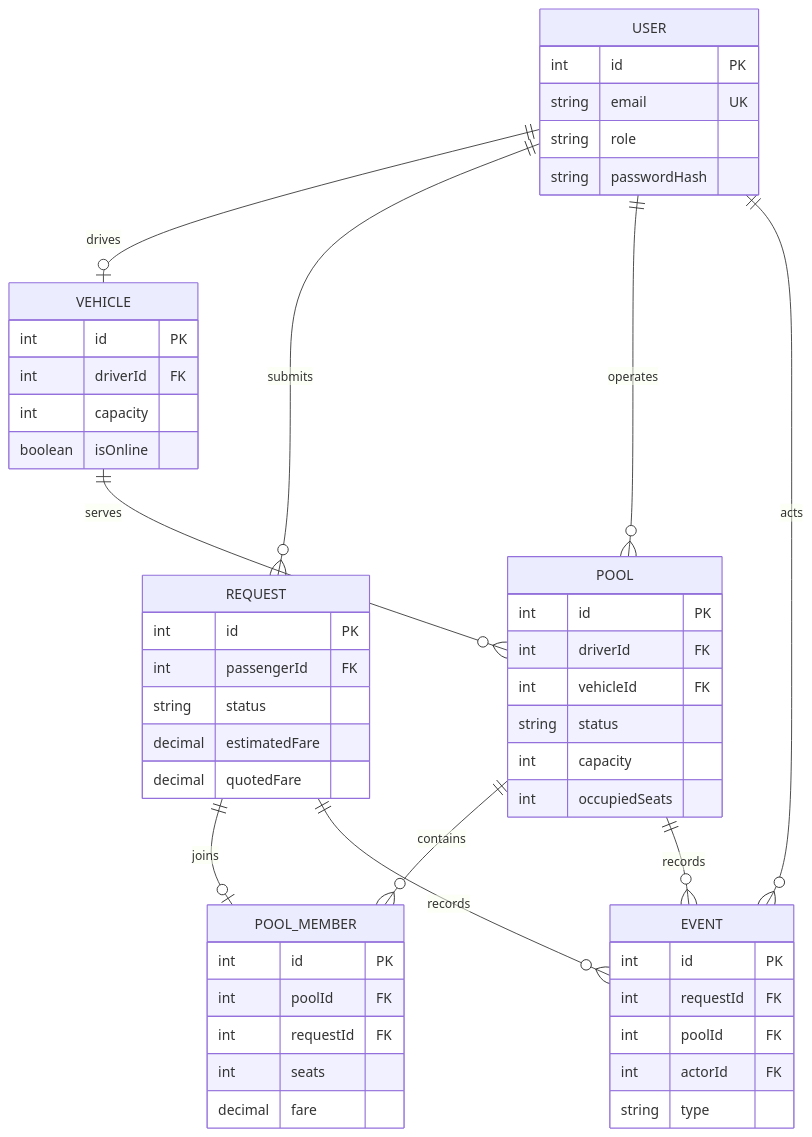
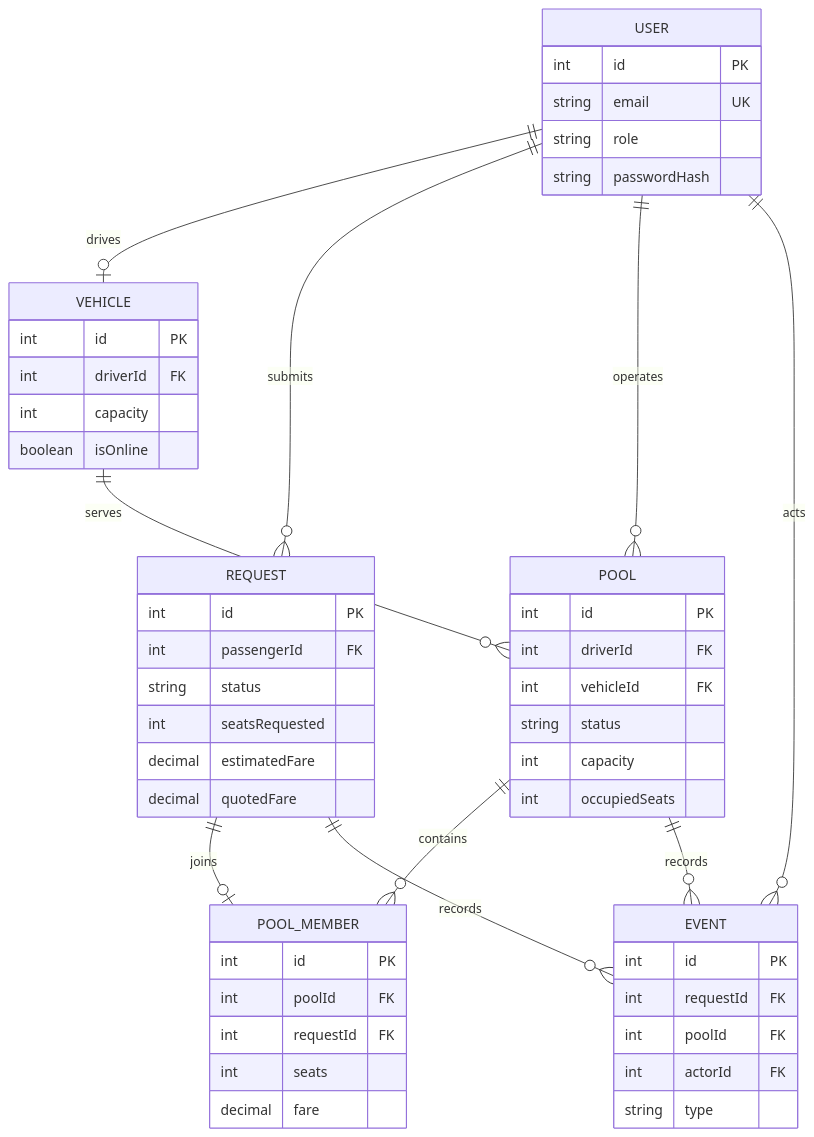
The second of 2 diagrams in README.md (AtifChy/dhaka-tesla), drawn with Mermaid before and after one commit. The commit also changed other lines of this file and 14 other files, not shown here.

````diff
--- a/README.md
+++ b/README.md
@@ -46,54 +46,55 @@
 ```mermaid
 erDiagram
   USER ||--o| VEHICLE : drives
   USER ||--o{ REQUEST : submits
   USER ||--o{ POOL : operates
   USER ||--o{ EVENT : acts
   VEHICLE ||--o{ POOL : serves
   POOL ||--o{ POOL_MEMBER : contains
   REQUEST ||--o| POOL_MEMBER : joins
   REQUEST ||--o{ EVENT : records
   POOL ||--o{ EVENT : records
 
   USER {
     int id PK
     string email UK
     string role
     string passwordHash
   }
   VEHICLE {
     int id PK
     int driverId FK
     int capacity
     boolean isOnline
   }
   REQUEST {
     int id PK
     int passengerId FK
     string status
+    int seatsRequested
     decimal estimatedFare
     decimal quotedFare
   }
   POOL {
     int id PK
     int driverId FK
     int vehicleId FK
     string status
     int capacity
     int occupiedSeats
   }
   POOL_MEMBER {
     int id PK
     int poolId FK
     int requestId FK
     int seats
     decimal fare
   }
   EVENT {
     int id PK
     int requestId FK
     int poolId FK
     int actorId FK
     string type
   }
 ```
````
